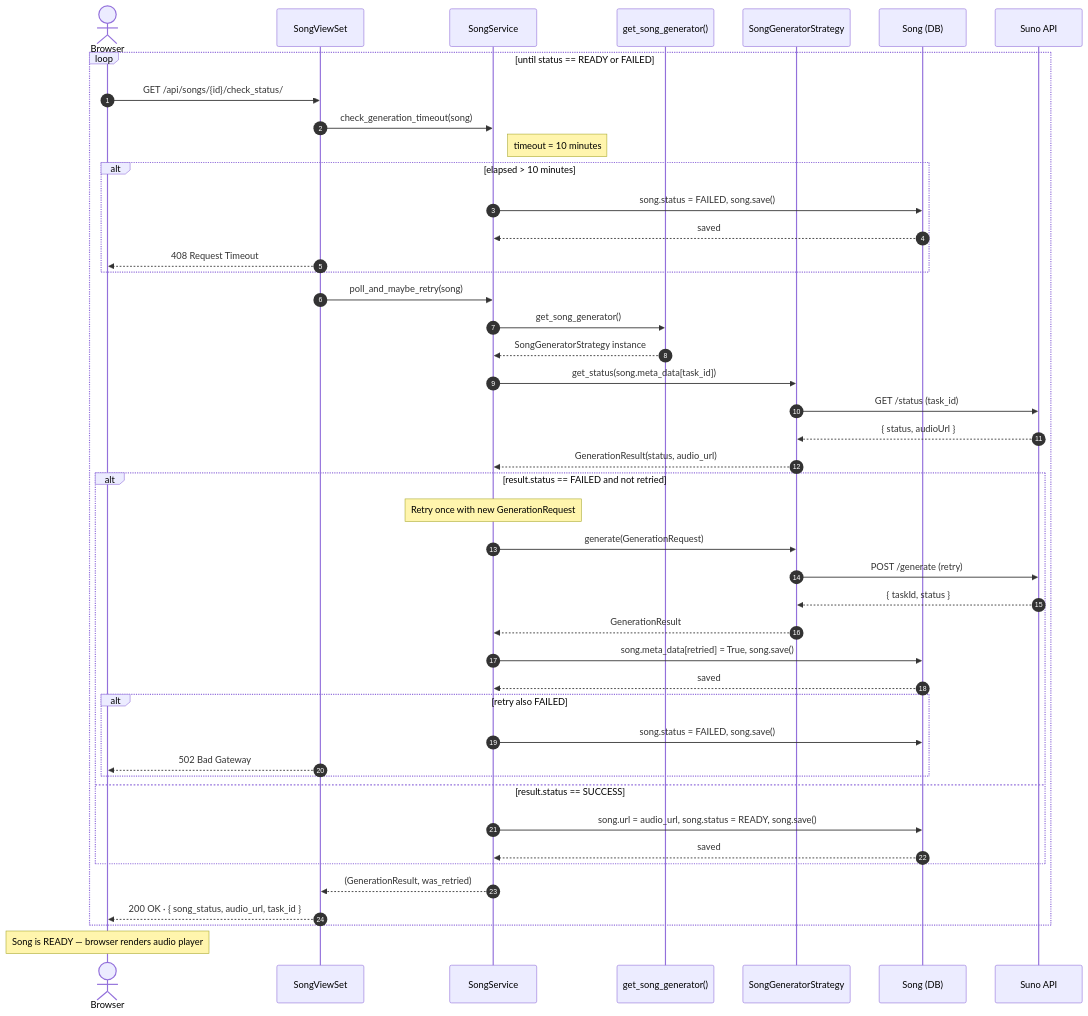
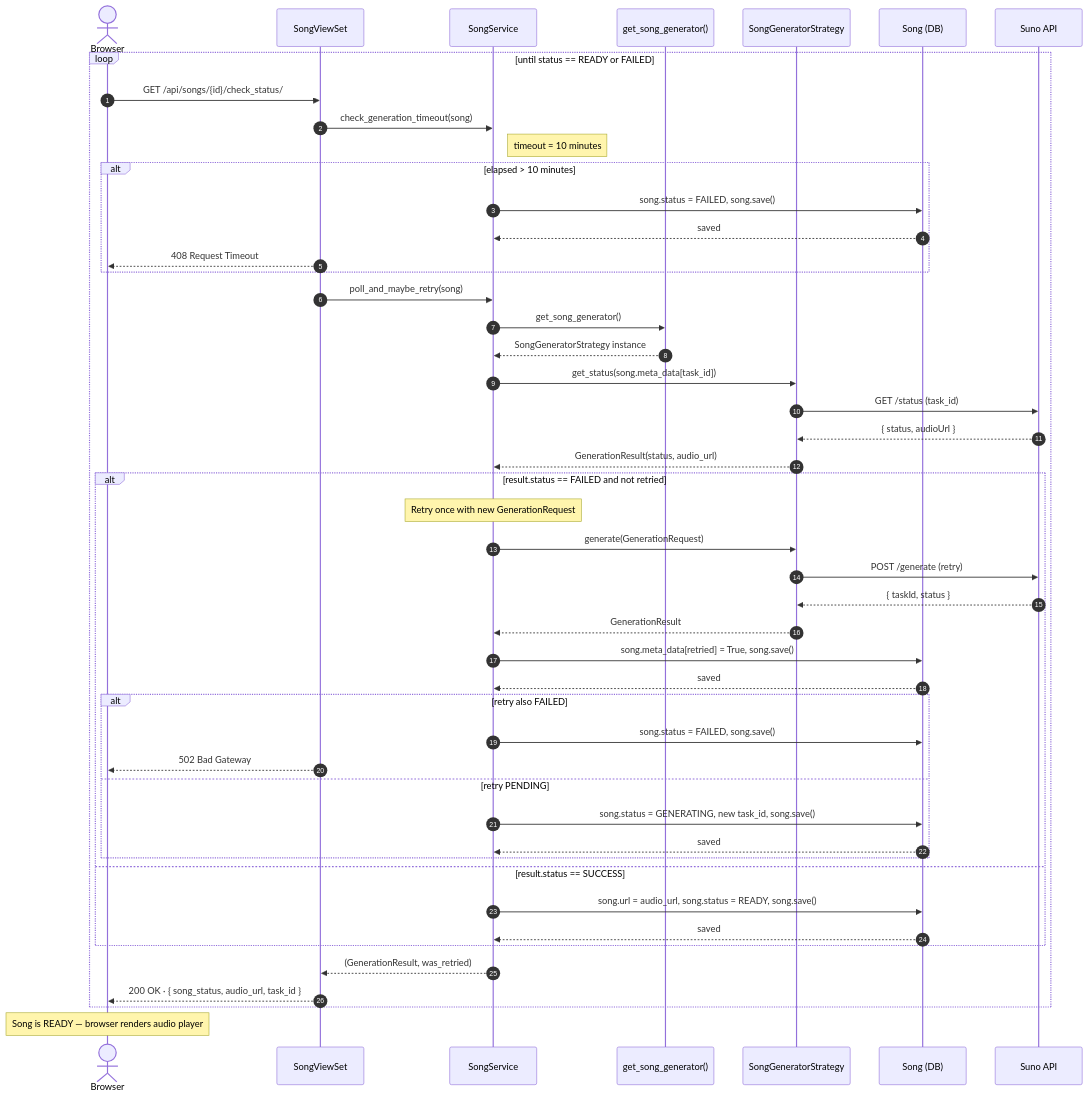
The fourth of 4 diagrams in README.md (LylatierN/Cithara), drawn with Mermaid before and after one commit. The commit also changed other lines of this file and 10 other files, not shown here.

````diff
--- a/README.md
+++ b/README.md
@@ -456,56 +532,59 @@
 ```mermaid
 sequenceDiagram
     autonumber
     actor Browser
     participant View as SongViewSet
     participant Service as SongService
     participant Factory as get_song_generator()
     participant Strategy as SongGeneratorStrategy
     participant DB as Song (DB)
     participant Suno as Suno API
 
     loop until status == READY or FAILED
 
         Browser->>View: GET /api/songs/{id}/check_status/
         View->>Service: check_generation_timeout(song)
         Note right of Service: timeout = 10 minutes
 
         alt elapsed > 10 minutes
             Service->>DB: song.status = FAILED, song.save()
             DB-->>Service: saved
             View-->>Browser: 408 Request Timeout
         end
 
         View->>Service: poll_and_maybe_retry(song)
         Service->>Factory: get_song_generator()
         Factory-->>Service: SongGeneratorStrategy instance
         Service->>Strategy: get_status(song.meta_data[task_id])
         Strategy->>Suno: GET /status (task_id)
         Suno-->>Strategy: { status, audioUrl }
         Strategy-->>Service: GenerationResult(status, audio_url)
 
         alt result.status == FAILED and not retried
             Note over Service: Retry once with new GenerationRequest
             Service->>Strategy: generate(GenerationRequest)
             Strategy->>Suno: POST /generate (retry)
             Suno-->>Strategy: { taskId, status }
             Strategy-->>Service: GenerationResult
             Service->>DB: song.meta_data[retried] = True, song.save()
             DB-->>Service: saved
 
             alt retry also FAILED
                 Service->>DB: song.status = FAILED, song.save()
                 View-->>Browser: 502 Bad Gateway
+            else retry PENDING
+                Service->>DB: song.status = GENERATING, new task_id, song.save()
+                DB-->>Service: saved
             end
 
         else result.status == SUCCESS
             Service->>DB: song.url = audio_url, song.status = READY, song.save()
             DB-->>Service: saved
         end
 
         Service-->>View: (GenerationResult, was_retried)
         View-->>Browser: 200 OK · { song_status, audio_url, task_id }
 
     end
     Note over Browser: Song is READY — browser renders audio player
 ```
````
